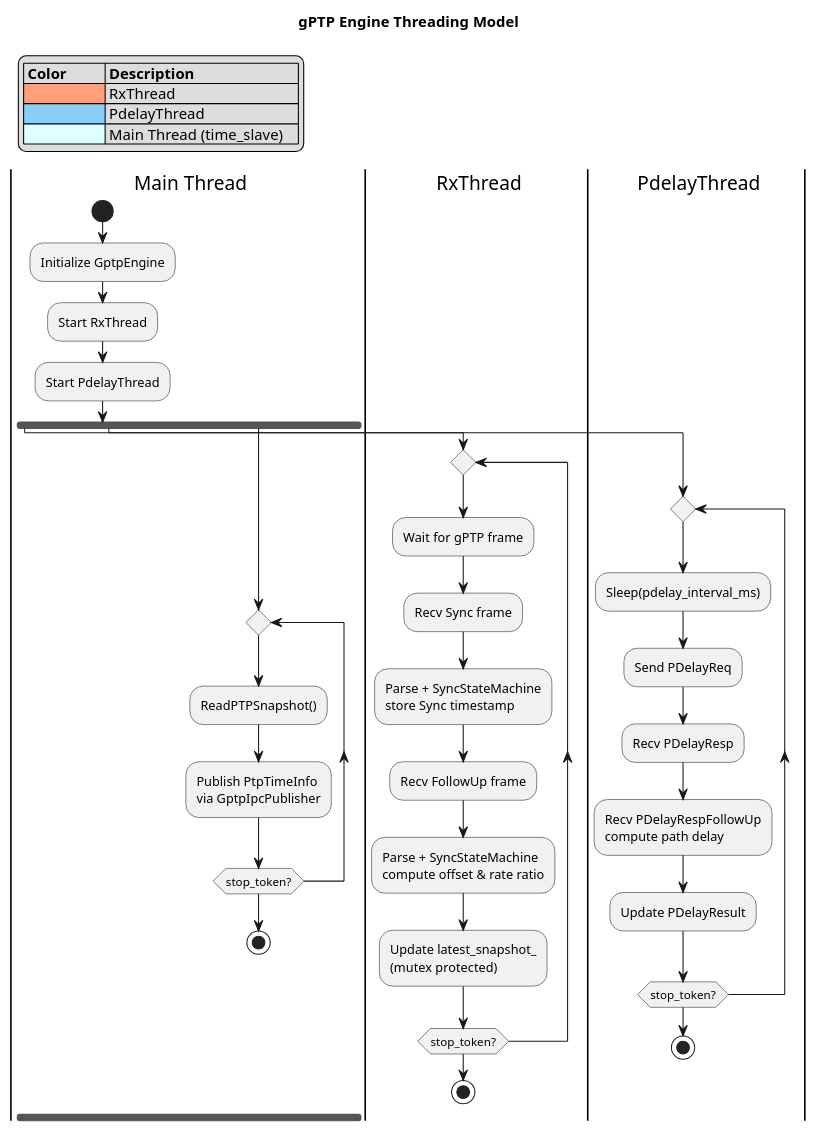
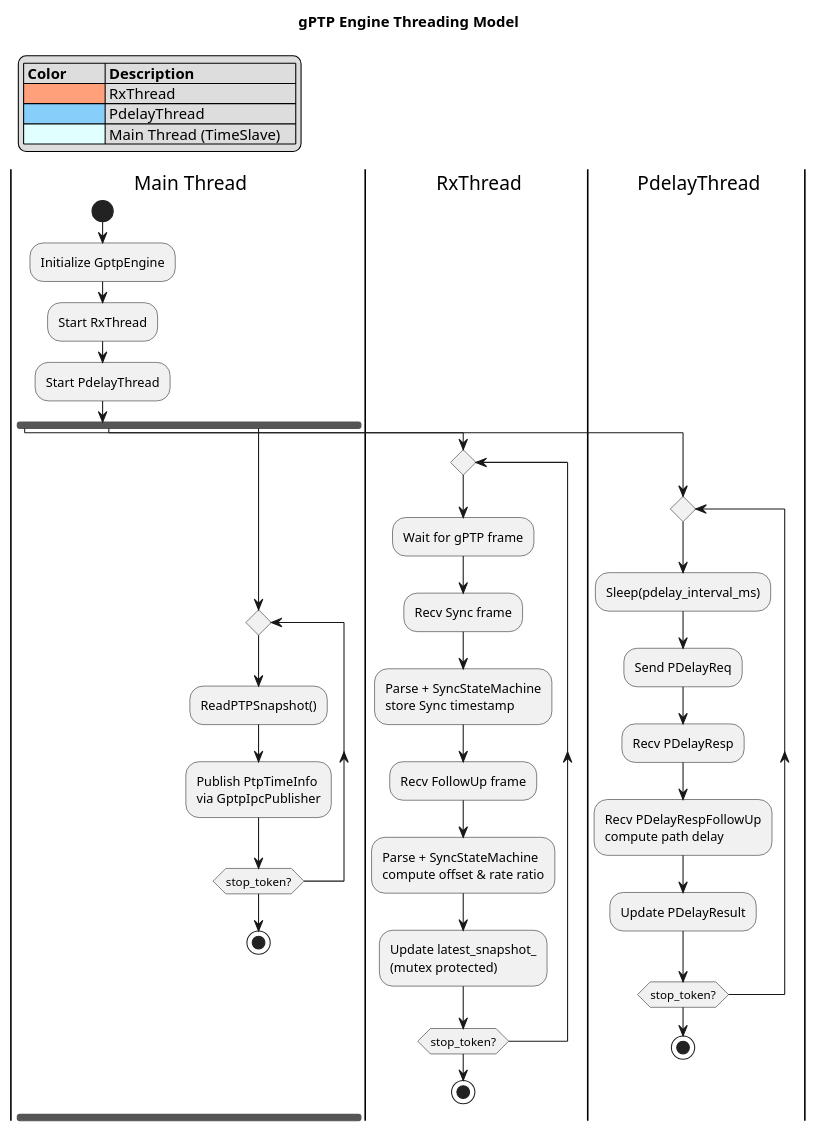
The diagram in docs/features/time_slave/_assets/gptp_engine/gptp_threading.puml (eclipse-score/time), drawn with PlantUML before and after one commit. The commit also changed 25 other files, not shown here.

Commit message:
docs: revert component titles to camelCase in diagrams and RST

```diff
--- a/docs/features/time_slave/_assets/gptp_engine/gptp_threading.puml
+++ b/docs/features/time_slave/_assets/gptp_engine/gptp_threading.puml
@@ -1,51 +1,51 @@
 @startuml gptp_threading_model
 
 title gPTP Engine Threading Model
 
 legend top left
     |= Color          |= Description              |
     | <#LightSalmon>  | RxThread                   |
     | <#LightSkyBlue> | PdelayThread               |
-    | <#LightCyan>    | Main Thread (time_slave)    |
+    | <#LightCyan>    | Main Thread (TimeSlave)    |
 endlegend
 
 |#LightCyan| Main Thread
 start
 :Initialize GptpEngine;
 :Start RxThread;
 :Start PdelayThread;
 
 fork
     |#LightSalmon| RxThread
     repeat
         :Wait for gPTP frame;
         :Recv Sync frame;
         :Parse + SyncStateMachine\nstore Sync timestamp;
         :Recv FollowUp frame;
         :Parse + SyncStateMachine\ncompute offset & rate ratio;
         :Update latest_snapshot_\n(mutex protected);
     repeat while (stop_token?)
     stop
 
 fork again
     |#LightSkyBlue| PdelayThread
     repeat
         :Sleep(pdelay_interval_ms);
         :Send PDelayReq;
         :Recv PDelayResp;
         :Recv PDelayRespFollowUp\ncompute path delay;
         :Update PDelayResult;
     repeat while (stop_token?)
     stop
 
 fork again
     |#LightCyan| Main Thread
     repeat
         :ReadPTPSnapshot();
         :Publish PtpTimeInfo\nvia GptpIpcPublisher;
     repeat while (stop_token?)
     stop
 
 end fork
 
 @enduml
```
